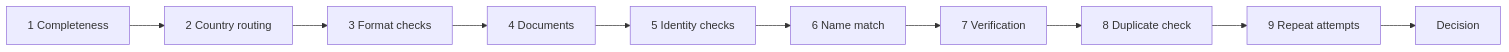
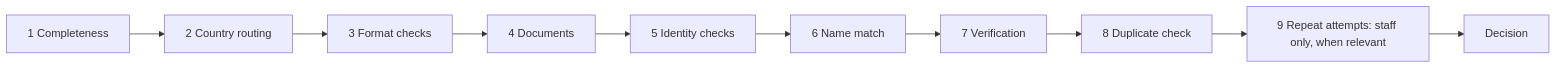
Before and after one commit to ShubhamK0802/vendor-onboarding-flask: the second of 6 diagrams in docs/WORKFLOW.md, drawn with Mermaid. The commit also changed other lines of this file and 22 other files, not shown here.

````diff
--- a/docs/WORKFLOW.md
+++ b/docs/WORKFLOW.md
@@ -27,6 +29,6 @@
 ```mermaid
 flowchart LR
     S1[1 Completeness] --> S2[2 Country routing] --> S3[3 Format checks] --> S4[4 Documents]
     S4 --> S5[5 Identity checks] --> S6[6 Name match] --> S7[7 Verification] --> S8[8 Duplicate check]
-    S8 --> S9[9 Repeat attempts] --> D[Decision]
+    S8 --> S9[9 Repeat attempts: staff only, when relevant] --> D[Decision]
 ```
````
